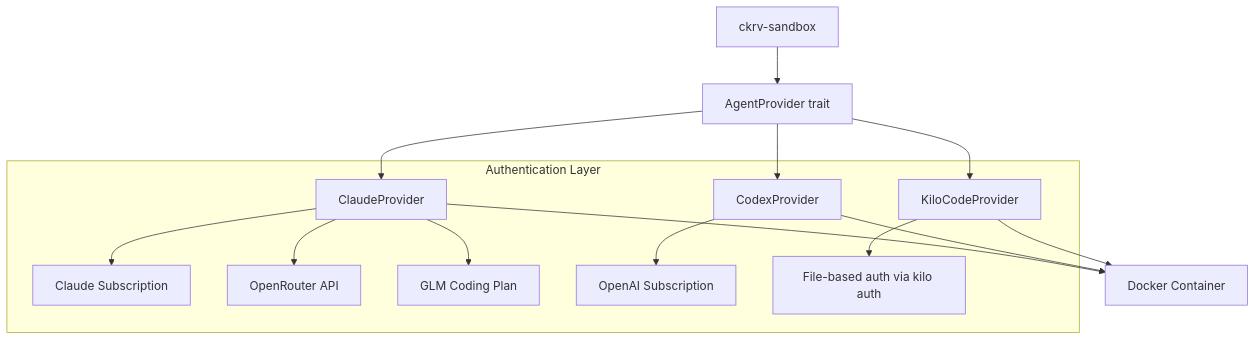
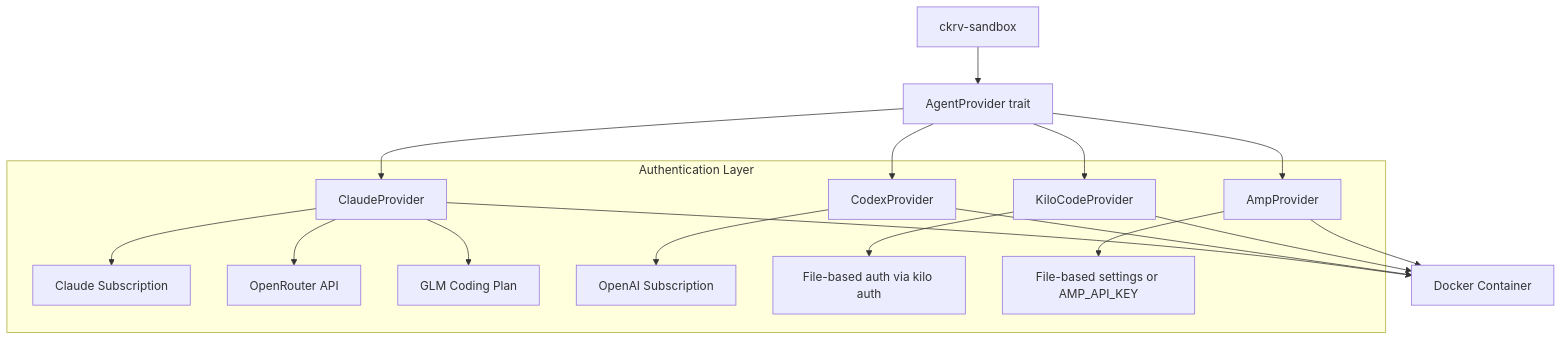
The diagram in crates/docs/agent-guide.md (FnSK4R17s/chakravarti-cli), drawn with Mermaid before and after one commit. The commit also changed other lines of this file and 5 other files, not shown here.

````diff
--- a/crates/docs/agent-guide.md
+++ b/crates/docs/agent-guide.md
@@ -56,19 +58,22 @@
 ```mermaid
 graph TD
     Sandbox[ckrv-sandbox] --> Provider[AgentProvider trait]
     Provider --> Claude[ClaudeProvider]
     Provider --> Codex[CodexProvider]
     Provider --> Kilo[KiloCodeProvider]
-    
+    Provider --> Amp[AmpProvider]
+
     Claude --> Docker[Docker Container]
     Codex --> Docker
     Kilo --> Docker
-    
+    Amp --> Docker
+
     subgraph "Authentication Layer"
         Claude --> ClaudeSub[Claude Subscription]
         Claude --> OpenRouter[OpenRouter API]
         Claude --> GLM[GLM Coding Plan]
         Codex --> OpenAISub[OpenAI Subscription]
         Kilo --> KiloAuth[File-based auth via kilo auth]
+        Amp --> AmpAuth[File-based settings or AMP_API_KEY]
     end
 ```
````
